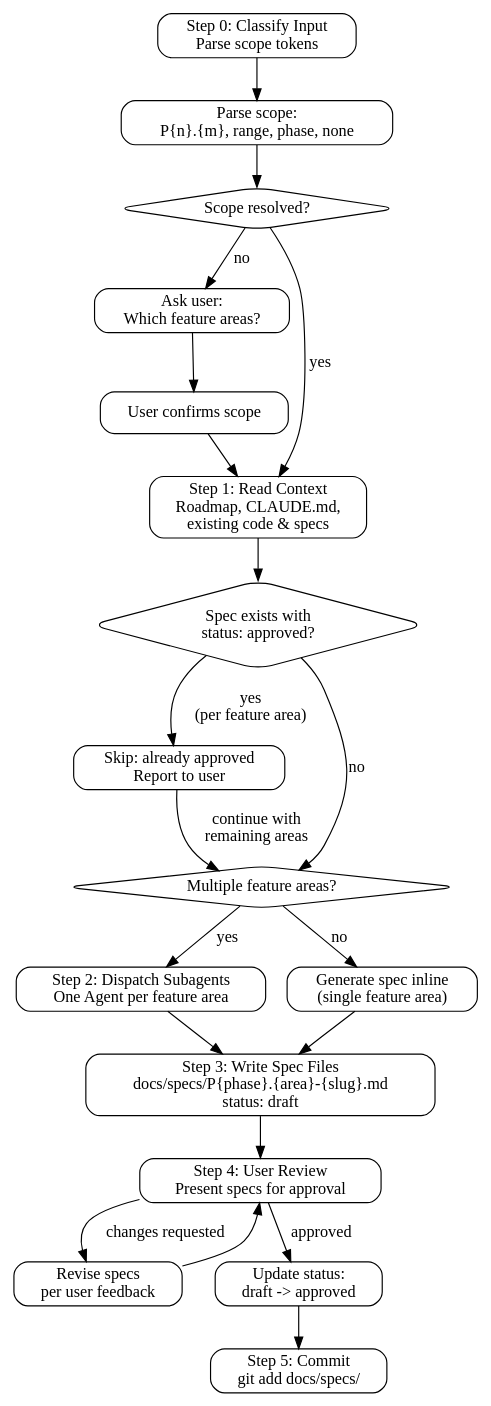
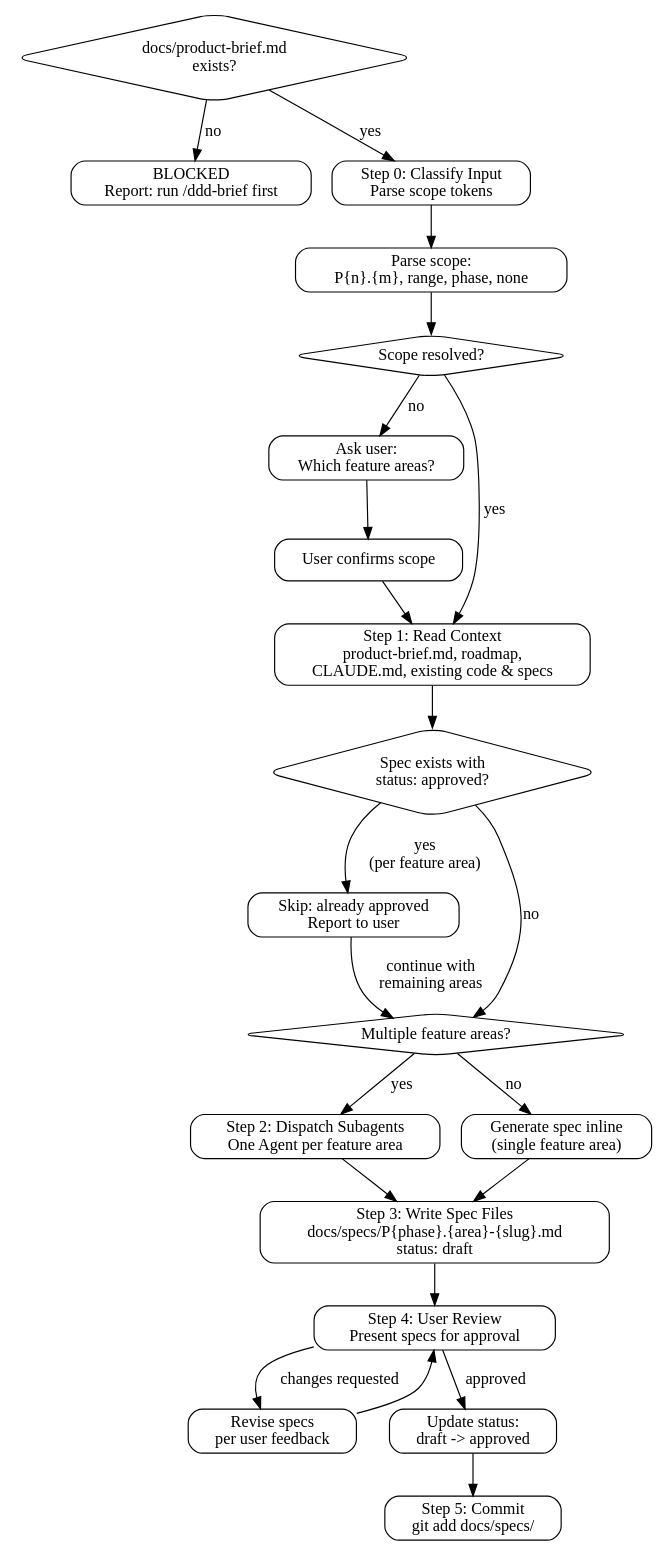
Before and after one commit to litecore-ai/ddd-coding-skills: the diagram in skills/ddd-spec/SKILL.md, drawn with Graphviz. The commit also changed other lines of this file and 11 other files, not shown here.

````diff
--- a/skills/ddd-spec/SKILL.md
+++ b/skills/ddd-spec/SKILL.md
@@ -37,43 +37,47 @@
 ```dot
 digraph ddd_spec {
   rankdir=TB;
   node [shape=box, style=rounded];
 
+  brief_check [label="docs/product-brief.md\nexists?" shape=diamond];
+  blocked [label="BLOCKED\nReport: run /ddd-brief first"];
   input [label="Step 0: Classify Input\nParse scope tokens"];
   parse [label="Parse scope:\nP{n}.{m}, range, phase, none"];
   has_scope [label="Scope resolved?" shape=diamond];
   ask_user [label="Ask user:\nWhich feature areas?"];
   confirm [label="User confirms scope"];
-  read_ctx [label="Step 1: Read Context\nRoadmap, CLAUDE.md,\nexisting code & specs"];
+  read_ctx [label="Step 1: Read Context\nproduct-brief.md, roadmap,\nCLAUDE.md, existing code & specs"];
   skip_check [label="Spec exists with\nstatus: approved?" shape=diamond];
   skip [label="Skip: already approved\nReport to user"];
   multi_check [label="Multiple feature areas?" shape=diamond];
   dispatch [label="Step 2: Dispatch Subagents\nOne Agent per feature area"];
   single [label="Generate spec inline\n(single feature area)"];
   write [label="Step 3: Write Spec Files\ndocs/specs/P{phase}.{area}-{slug}.md\nstatus: draft"];
   review [label="Step 4: User Review\nPresent specs for approval"];
   revise [label="Revise specs\nper user feedback"];
   approve [label="Update status:\ndraft -> approved"];
   commit [label="Step 5: Commit\ngit add docs/specs/"];
 
+  brief_check -> blocked [label="no"];
+  brief_check -> input [label="yes"];
   input -> parse;
   parse -> has_scope;
   has_scope -> read_ctx [label="yes"];
   has_scope -> ask_user [label="no"];
   ask_user -> confirm;
   confirm -> read_ctx;
   read_ctx -> skip_check;
   skip_check -> skip [label="yes\n(per feature area)"];
   skip -> multi_check [label="continue with\nremaining areas"];
   skip_check -> multi_check [label="no"];
   multi_check -> dispatch [label="yes"];
   multi_check -> single [label="no"];
   dispatch -> write;
   single -> write;
   write -> review;
   review -> revise [label="changes requested"];
   revise -> review;
   review -> approve [label="approved"];
   approve -> commit;
 }
 ```
````
